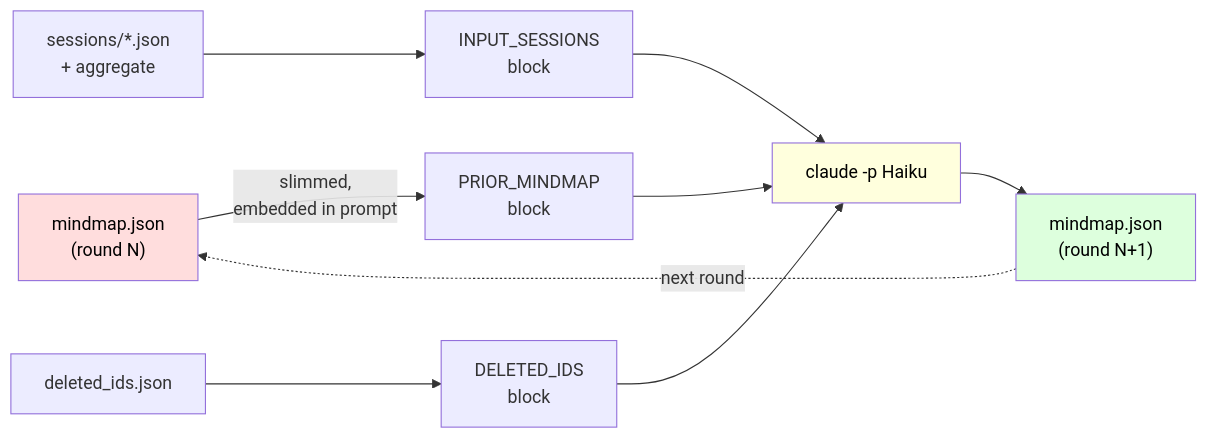
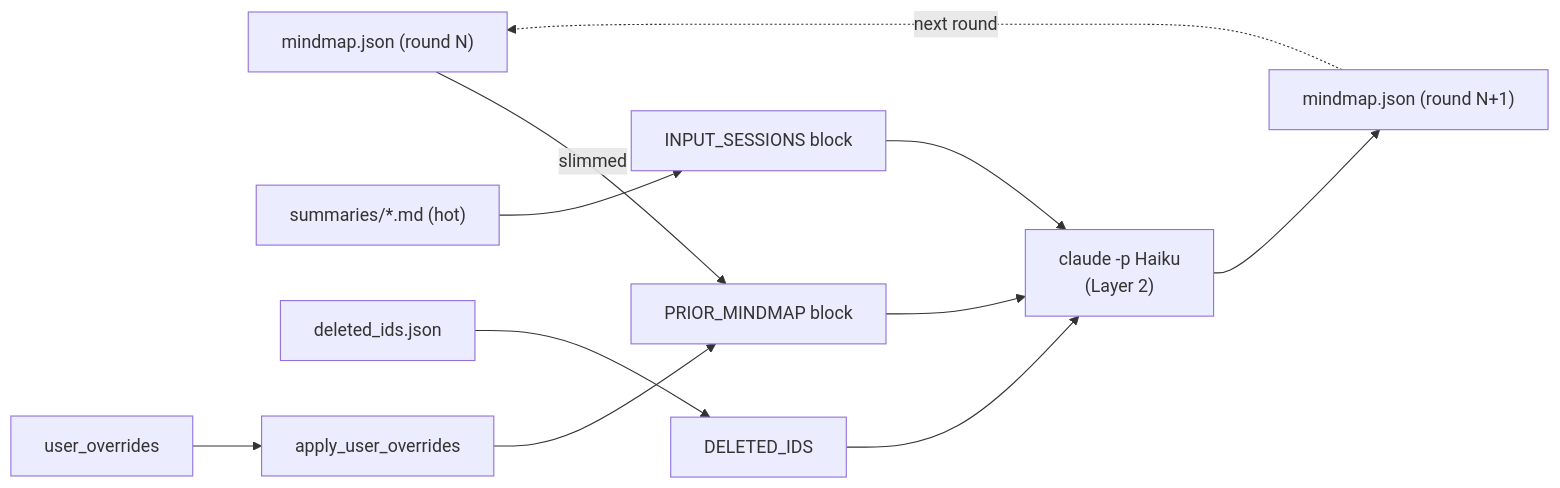
Before and after one commit to Icesource/claude-code-worktree: the seventh of 8 diagrams in docs/ARCHITECTURE.md, drawn with Mermaid. The commit also changed other lines of this file and 1 other file, not shown here.

````diff
--- a/docs/ARCHITECTURE.md
+++ b/docs/ARCHITECTURE.md
@@ -578,15 +421,11 @@
 ```mermaid
 flowchart LR
-    A["mindmap.json<br/>(round N)"] -->|"slimmed,<br/>embedded in prompt"| B["PRIOR_MINDMAP<br/>block"]
-    C["sessions/*.json<br/>+ aggregate"] --> D["INPUT_SESSIONS<br/>block"]
-    E["deleted_ids.json"] --> F["DELETED_IDS<br/>block"]
-    B --> G["claude -p Haiku"]
-    D --> G
-    F --> G
-    G --> H["mindmap.json<br/>(round N+1)"]
-    H -.->|"next round"| A
-
-    style A fill:#fdd,color:#000
-    style H fill:#dfd,color:#000
-    style G fill:#ffd,color:#000
+    A["mindmap.json (round N)"] -->|slimmed| B["PRIOR_MINDMAP block"]
+    C["summaries/*.md (hot)"] --> D["INPUT_SESSIONS block"]
+    E["deleted_ids.json"] --> F["DELETED_IDS"]
+    O["user_overrides"] --> Merge["apply_user_overrides"]
+    Merge --> B
+    B & D & F --> G["claude -p Haiku<br/>(Layer 2)"]
+    G --> H["mindmap.json (round N+1)"]
+    H -.->|next round| A
 ```
````
